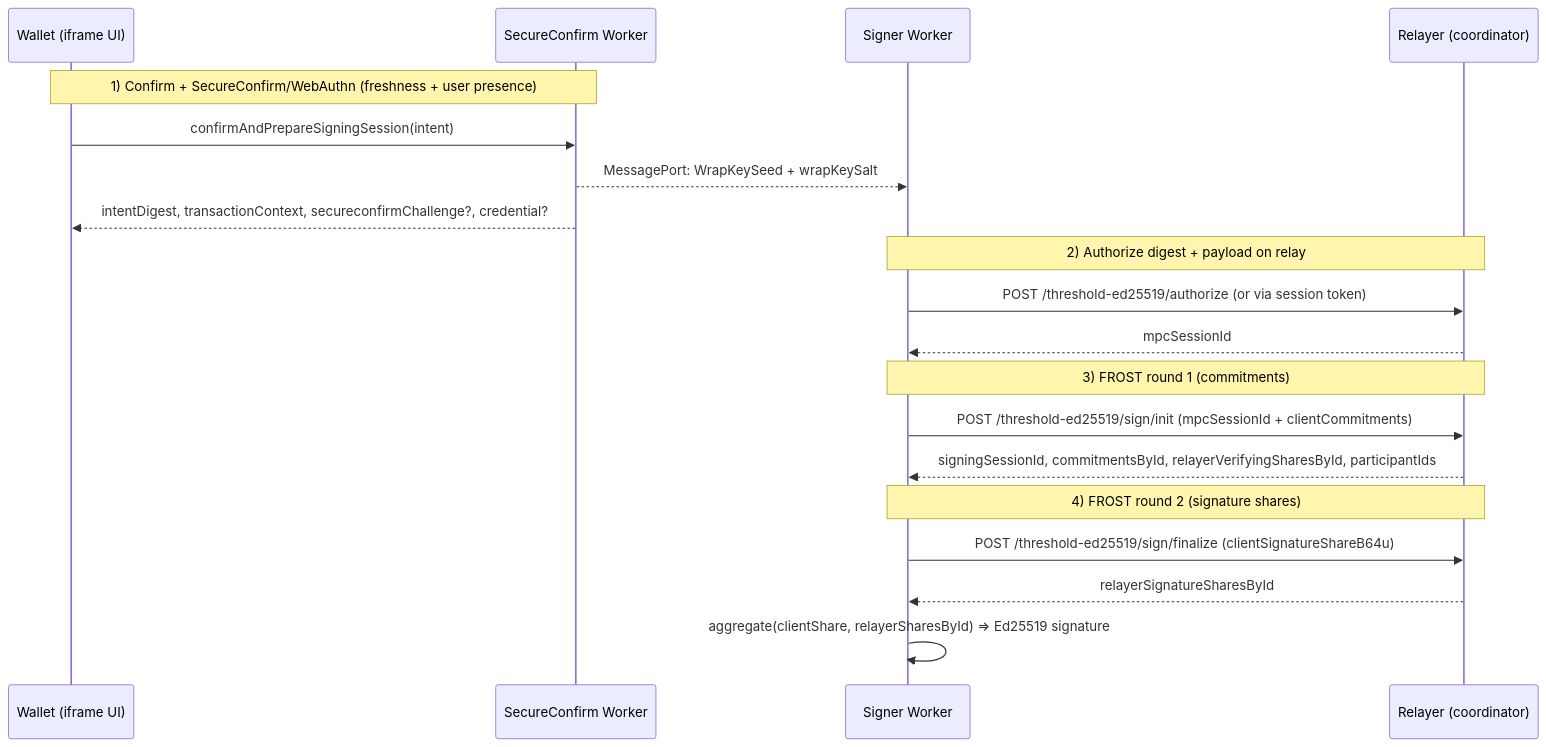
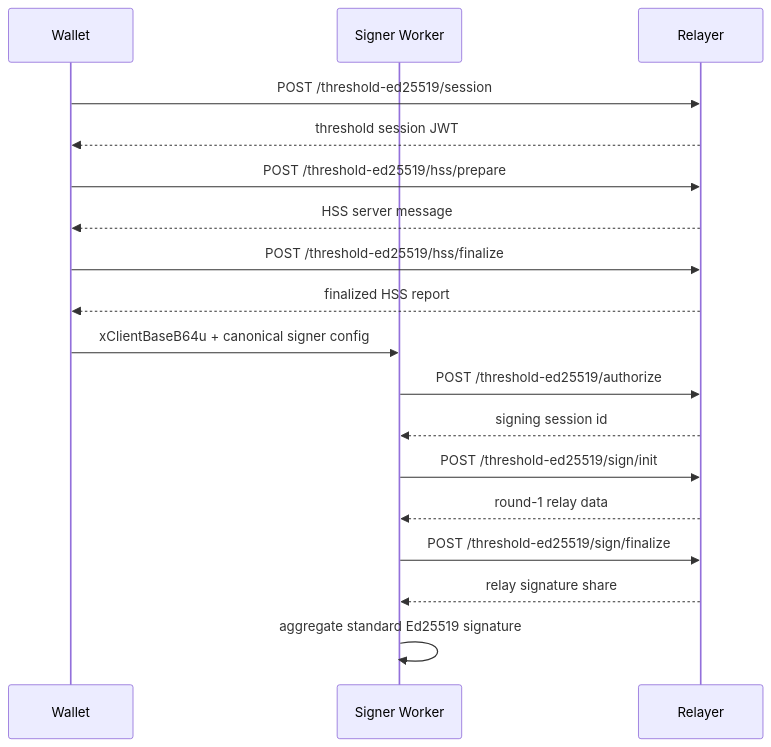
The second of 2 diagrams in examples/tatchi-docs/src/concepts/threshold-signing.md (seams-tech/seams-sdk), drawn with Mermaid before and after one commit. The commit also changed other lines of this file and 218 other files, not shown here.

````diff
--- a/examples/tatchi-docs/src/concepts/threshold-signing.md
+++ b/examples/tatchi-docs/src/concepts/threshold-signing.md
@@ -75,25 +105,21 @@
 ```mermaid
 sequenceDiagram
-  participant App as Wallet (iframe UI)
-  participant SecureConfirm as SecureConfirm Worker
+  participant App as Wallet
   participant Signer as Signer Worker
-  participant Relay as Relayer (coordinator)
+  participant Relay as Relayer
 
-  Note over App,SecureConfirm: 1) Confirm + SecureConfirm/WebAuthn (freshness + user presence)
-  App->>SecureConfirm: confirmAndPrepareSigningSession(intent)
-  SecureConfirm-->>Signer: MessagePort: WrapKeySeed + wrapKeySalt
-  SecureConfirm-->>App: intentDigest, transactionContext, secureconfirmChallenge?, credential?
-
-  Note over Signer,Relay: 2) Authorize digest + payload on relay
-  Signer->>Relay: POST /threshold-ed25519/authorize (or via session token)
-  Relay-->>Signer: mpcSessionId
-
-  Note over Signer,Relay: 3) FROST round 1 (commitments)
-  Signer->>Relay: POST /threshold-ed25519/sign/init (mpcSessionId + clientCommitments)
-  Relay-->>Signer: signingSessionId, commitmentsById, relayerVerifyingSharesById, participantIds
-
-  Note over Signer,Relay: 4) FROST round 2 (signature shares)
-  Signer->>Relay: POST /threshold-ed25519/sign/finalize (clientSignatureShareB64u)
-  Relay-->>Signer: relayerSignatureSharesById
-  Signer->>Signer: aggregate(clientShare, relayerSharesById) => Ed25519 signature
+  App->>Relay: POST /threshold-ed25519/session
+  Relay-->>App: threshold session JWT
+  App->>Relay: POST /threshold-ed25519/hss/prepare
+  Relay-->>App: HSS server message
+  App->>Relay: POST /threshold-ed25519/hss/finalize
+  Relay-->>App: finalized HSS report
+  App->>Signer: xClientBaseB64u + canonical signer config
+  Signer->>Relay: POST /threshold-ed25519/authorize
+  Relay-->>Signer: signing session id
+  Signer->>Relay: POST /threshold-ed25519/sign/init
+  Relay-->>Signer: round-1 relay data
+  Signer->>Relay: POST /threshold-ed25519/sign/finalize
+  Relay-->>Signer: relay signature share
+  Signer->>Signer: aggregate standard Ed25519 signature
 ```
````
